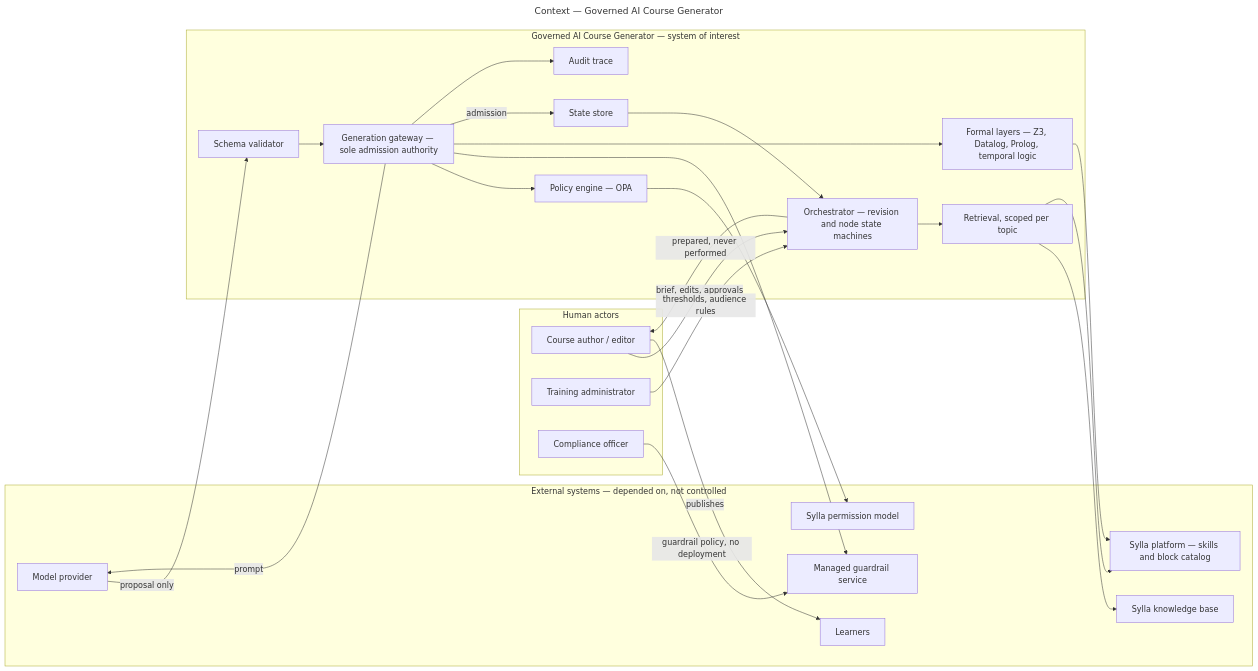
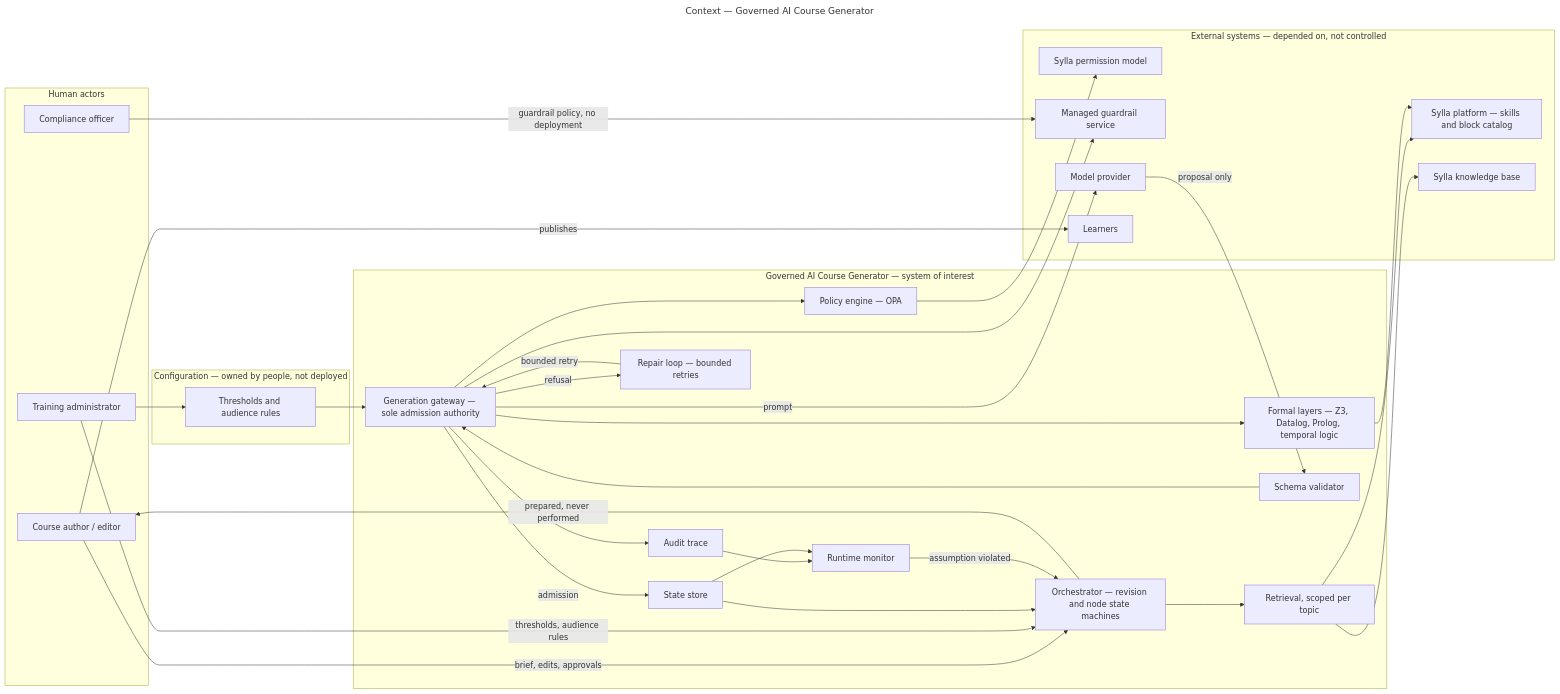
The diagram in model/context-diagram.mmd (Magru/governed-ai-course-generator), drawn with Mermaid before and after one commit. The commit also changed 9 other files, not shown here.

```diff
--- a/model/context-diagram.mmd
+++ b/model/context-diagram.mmd
@@ -1,56 +1,69 @@
 ---
 title: Context — Governed AI Course Generator
 ---
 %% The boundary separates what we control from what we depend on. The model
 %% provider sits OUTSIDE it and produces a proposal only; there is no path from
 %% the model to course state that does not cross the generation gateway, which is
 %% the single admission point and the only holder of platform credentials.
 flowchart LR
   subgraph HUMANS["Human actors"]
     EDITOR["Course author / editor"]
     ADMIN["Training administrator"]
     COMPLIANCE["Compliance officer"]
+  end
+
+  subgraph CONFIG["Configuration — owned by people, not deployed"]
+    THRESH["Thresholds and audience rules"]
   end
 
   subgraph EXTERNAL["External systems — depended on, not controlled"]
     CATALOG["Sylla platform — skills and block catalog"]
     KB["Sylla knowledge base"]
     PERMS["Sylla permission model"]
     GUARD["Managed guardrail service"]
     MODEL["Model provider"]
     LEARNERS["Learners"]
   end
 
   subgraph SYS["Governed AI Course Generator — system of interest"]
     ORCH["Orchestrator — revision and node state machines"]
     RET["Retrieval, scoped per topic"]
     SCHEMA["Schema validator"]
     OPA["Policy engine — OPA"]
     FORMAL["Formal layers — Z3, Datalog, Prolog, temporal logic"]
     GW["Generation gateway — sole admission authority"]
     STORE["State store"]
     AUDIT["Audit trace"]
+    MON["Runtime monitor"]
+    REPAIR["Repair loop — bounded retries"]
   end
 
   EDITOR -->|brief, edits, approvals| ORCH
   ADMIN -->|thresholds, audience rules| ORCH
   COMPLIANCE -->|guardrail policy, no deployment| GUARD
 
   ORCH --> RET
   RET --> KB
   RET --> CATALOG
 
   GW -->|prompt| MODEL
   MODEL -->|proposal only| SCHEMA
   SCHEMA --> GW
   GW --> OPA
   OPA --> PERMS
   GW --> GUARD
   GW --> FORMAL
   FORMAL --> CATALOG
 
   GW -->|admission| STORE
   STORE --> ORCH
   GW --> AUDIT
+  GW -->|refusal| REPAIR
+  REPAIR -->|bounded retry| GW
+  AUDIT --> MON
+  STORE --> MON
+  MON -->|assumption violated| ORCH
+  ADMIN --> THRESH
+  THRESH --> GW
   ORCH -->|prepared, never performed| EDITOR
   EDITOR -->|publishes| LEARNERS
```
